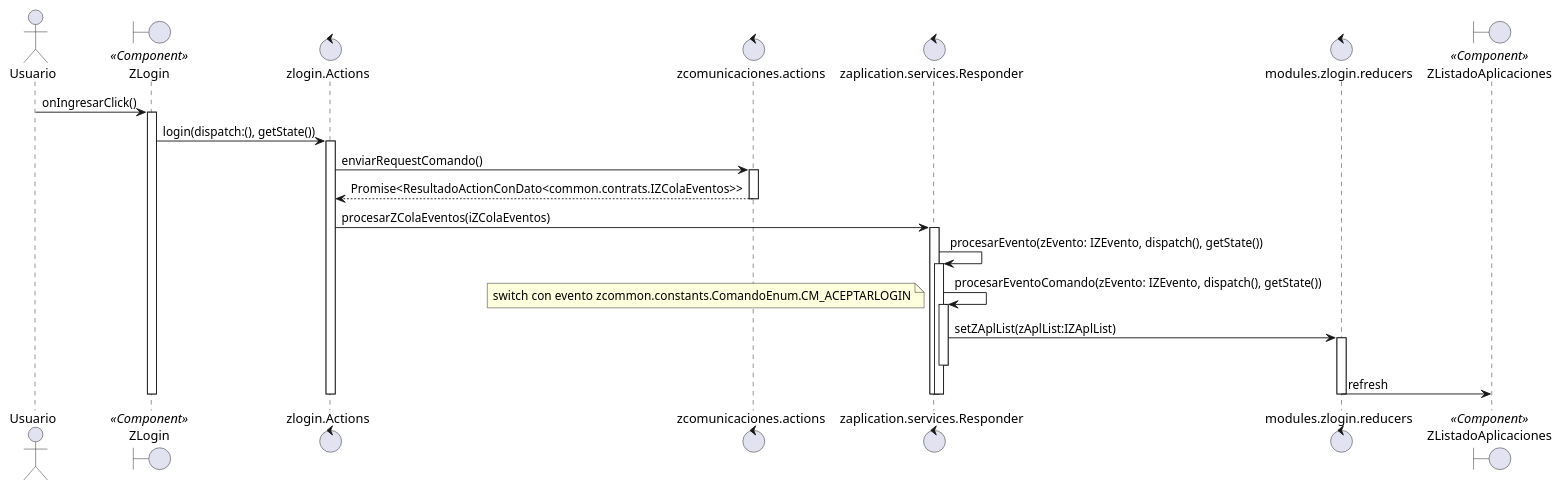
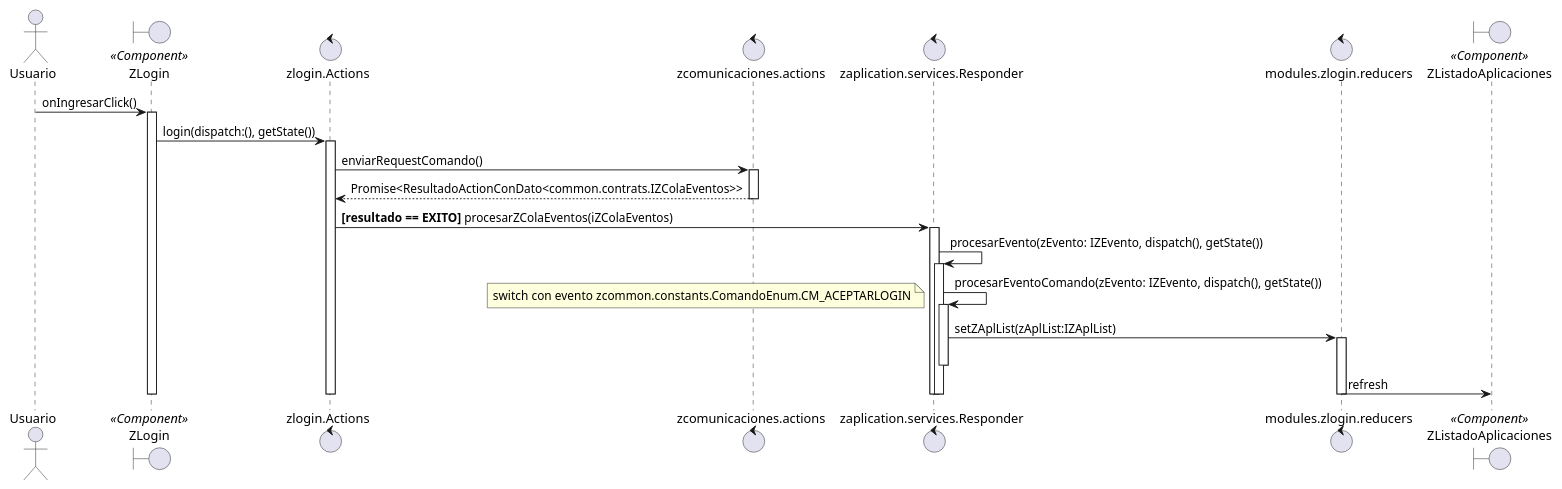
Before and after one commit to ceriosp/azenweb: the diagram in docs/zlogin/sequence.wsd, drawn with PlantUML.

Commit message:
condicionales en diagrama de secuencia.

```diff
--- a/docs/zlogin/sequence.wsd
+++ b/docs/zlogin/sequence.wsd
@@ -1,45 +1,45 @@
 @startuml
 
 actor Usuario
 
 boundary ZLogin <<Component>>
 Usuario -> ZLogin: onIngresarClick()
 activate ZLogin
 
 control zlogin.Actions
 ZLogin -> zlogin.Actions: login(dispatch:(), getState())
 activate zlogin.Actions
 
 control zcomunicaciones.actions
 zlogin.Actions -> zcomunicaciones.actions: enviarRequestComando()
 activate zcomunicaciones.actions
 
 zcomunicaciones.actions --> zlogin.Actions: Promise<ResultadoActionConDato<common.contrats.IZColaEventos>>
 deactivate zcomunicaciones.actions
 
 control zaplication.services.Responder
-zlogin.Actions -> zaplication.services.Responder:procesarZColaEventos(iZColaEventos)
+zlogin.Actions -> zaplication.services.Responder: <b>[resultado == EXITO]</b> procesarZColaEventos(iZColaEventos)
 activate zaplication.services.Responder
 
 
 zaplication.services.Responder -> zaplication.services.Responder: procesarEvento(zEvento: IZEvento, dispatch(), getState())
 activate zaplication.services.Responder
 zaplication.services.Responder -> zaplication.services.Responder: procesarEventoComando(zEvento: IZEvento, dispatch(), getState())
 note left: switch con evento zcommon.constants.ComandoEnum.CM_ACEPTARLOGIN
 activate zaplication.services.Responder
 control modules.zlogin.reducers
 participant modules.zlogin.reducers <<Reducer>>
 zaplication.services.Responder -> modules.zlogin.reducers: setZAplList(zAplList:IZAplList)
 activate modules.zlogin.reducers
 
 boundary ZListadoAplicaciones <<Component>>
 deactivate zaplication.services.Responder
 modules.zlogin.reducers -> ZListadoAplicaciones: refresh
 deactivate modules.zlogin.reducers
 
 deactivate zaplication.services.Responder
 deactivate zaplication.services.Responder
 deactivate zlogin.Actions
 deactivate ZLogin
 
 @enduml
```
